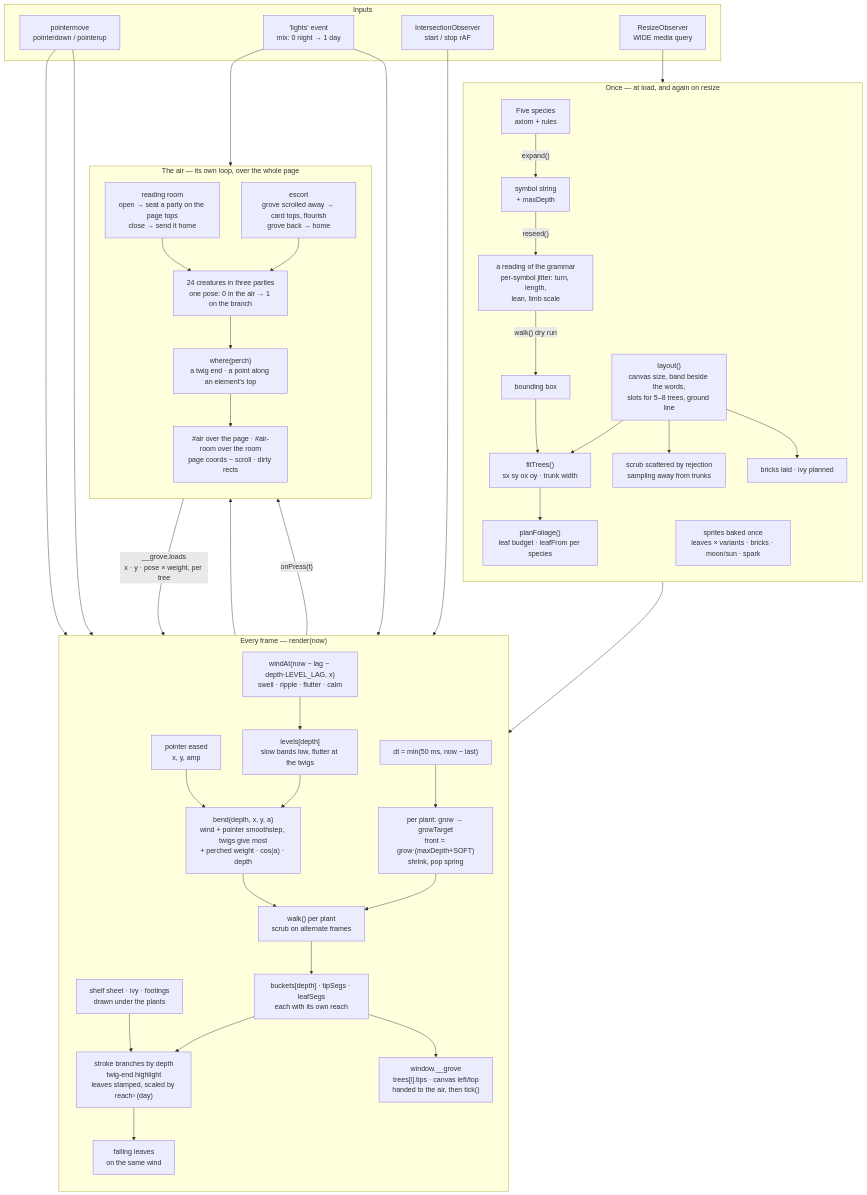
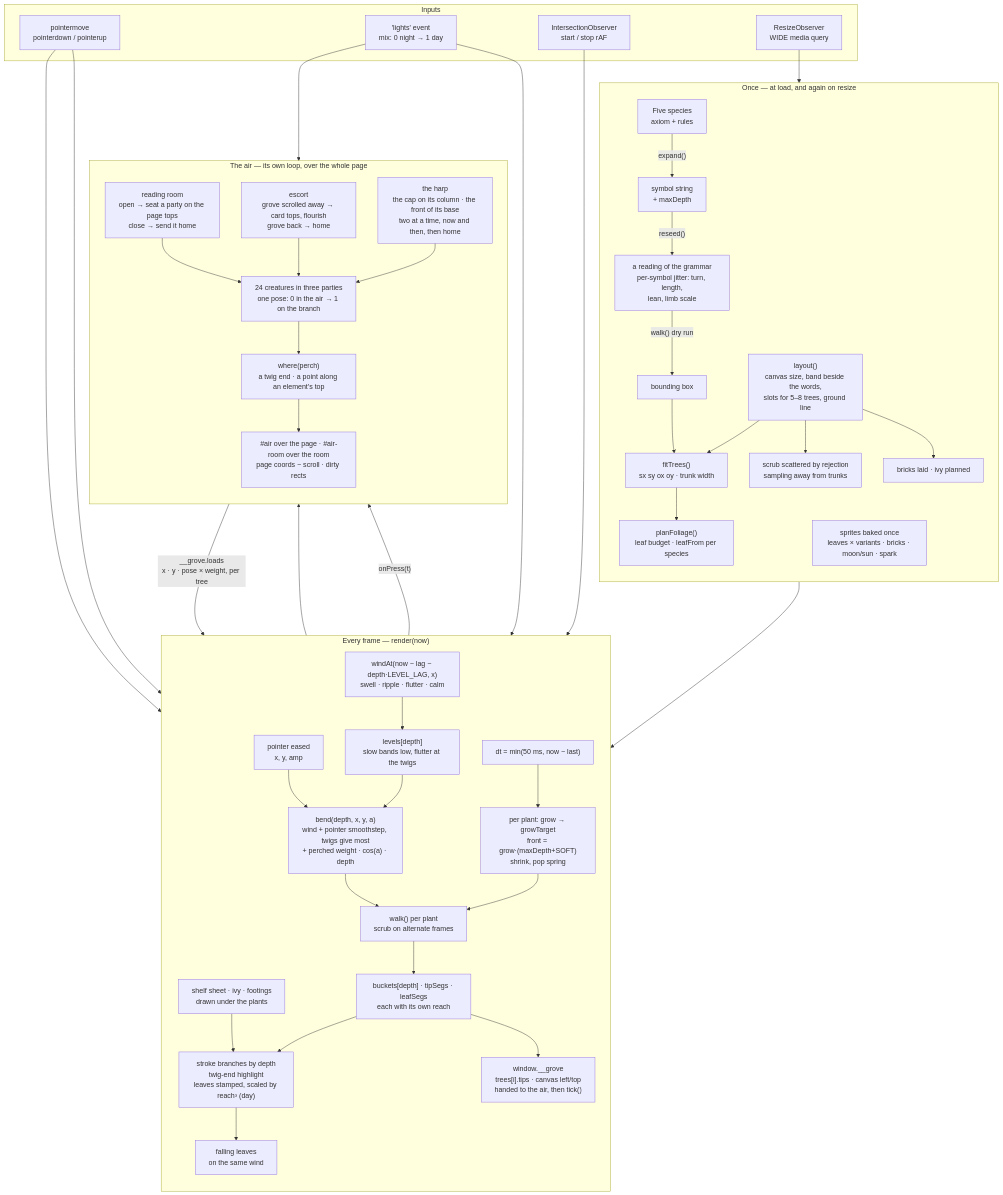
The first of 2 diagrams in README.md (NeoVand/NeoVand.github.io), drawn with Mermaid before and after one commit. The commit also changed other lines of this file and 2 other files, not shown here.

````diff
--- a/README.md
+++ b/README.md
@@ -75,56 +78,57 @@
 ```mermaid
 flowchart TB
   subgraph once["Once — at load, and again on resize"]
     direction TB
     G["Five species<br/>axiom + rules"] -->|"expand()"| S["symbol string<br/>+ maxDepth"]
     S -->|"reseed()"| J["a reading of the grammar<br/>per-symbol jitter: turn, length,<br/>lean, limb scale"]
     J -->|"walk() dry run"| BB["bounding box"]
     LY["layout()<br/>canvas size, band beside the words,<br/>slots for 5–8 trees, ground line"] --> FT
     BB --> FT["fitTrees()<br/>sx sy ox oy · trunk width"]
     FT --> PF["planFoliage()<br/>leaf budget · leafFrom per species"]
     LY --> SC["scrub scattered by rejection<br/>sampling away from trunks"]
     LY --> BR["bricks laid · ivy planned"]
     SP["sprites baked once<br/>leaves × variants · bricks · moon/sun · spark"]
   end
 
   subgraph inputs["Inputs"]
     PTR["pointermove<br/>pointerdown / pointerup"]
     LT["'lights' event<br/>mix: 0 night → 1 day"]
     VIS["IntersectionObserver<br/>start / stop rAF"]
     RS["ResizeObserver<br/>WIDE media query"]
   end
 
   subgraph frame["Every frame — render(now)"]
     direction TB
     DT["dt = min(50 ms, now − last)"] --> GRW
     GRW["per plant: grow → growTarget<br/>front = grow·(maxDepth+SOFT)<br/>shrink, pop spring"] --> WK
     WD["windAt(now − lag − depth·LEVEL_LAG, x)<br/>swell · ripple · flutter · calm"] --> LV["levels[depth]<br/>slow bands low, flutter at the twigs"]
     LV --> BEND["bend(depth, x, y, a)<br/>wind + pointer smoothstep, twigs give most<br/>+ perched weight · cos(a) · depth"]
     PE["pointer eased<br/>x, y, amp"] --> BEND
     BEND --> WK["walk() per plant<br/>scrub on alternate frames"]
     WK --> SEG["buckets[depth] · tipSegs · leafSegs<br/>each with its own reach"]
     SEG --> DRAW["stroke branches by depth<br/>twig-end highlight<br/>leaves stamped, scaled by reach³ (day)"]
     SEG --> EXP["window.__grove<br/>trees[i].tips · canvas left/top<br/>handed to the air, then tick()"]
     SHF["shelf sheet · ivy · footings<br/>drawn under the plants"] --> DRAW
     DRAW --> FALL["falling leaves<br/>on the same wind"]
   end
 
   subgraph air["The air — its own loop, over the whole page"]
     direction TB
     FLK["24 creatures in three parties<br/>one pose: 0 in the air → 1 on the branch"] --> WHERE["where(perch)<br/>a twig end · a point along an element's top"]
     WHERE --> SHEETS["#air over the page · #air-room over the room<br/>page coords − scroll · dirty rects"]
     RM["reading room<br/>open → seat a party on the page tops<br/>close → send it home"] --> FLK
     ESC["escort<br/>grove scrolled away → card tops, flourish<br/>grove back → home"] --> FLK
+    RAD["the harp<br/>the cap on its column · the front of its base<br/>two at a time, now and then, then home"] --> FLK
   end
 
   PTR --> PE
   PTR --> GRW
   LT --> DRAW
   LT --> FLK
   RS --> LY
   VIS --> frame
   once --> frame
   EXP --> WHERE
   GRW -->|"onPress(t)"| FLK
   FLK -->|"__grove.loads<br/>x · y · pose × weight, per tree"| BEND
 ```
````
